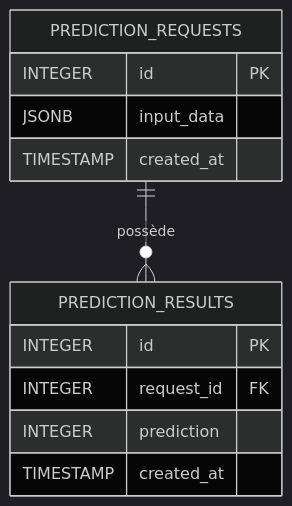
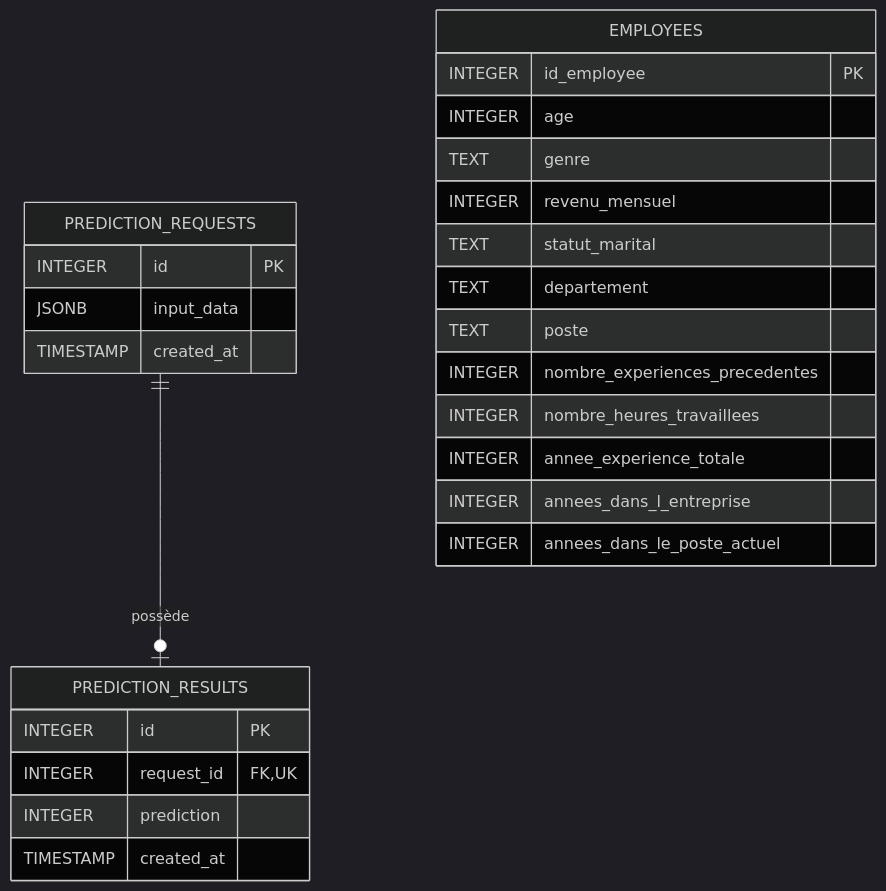
Before and after one commit to linaalm04-tech/projet-5-data-scientist: the diagram in schema_bdd.md, drawn with Mermaid (dark theme). The commit also changed other lines of this file and 7 other files, not shown here.

````diff
--- a/schema_bdd.md
+++ b/schema_bdd.md
@@ -33,17 +52,32 @@
 ```mermaid
 erDiagram
-    PREDICTION_REQUESTS ||--o{ PREDICTION_RESULTS : "possède"
+    PREDICTION_REQUESTS ||--o| PREDICTION_RESULTS : "possède"
 
     PREDICTION_REQUESTS {
         INTEGER id PK
         JSONB input_data
         TIMESTAMP created_at
     }
 
     PREDICTION_RESULTS {
         INTEGER id PK
-        INTEGER request_id FK
+        INTEGER request_id FK, UK
         INTEGER prediction
         TIMESTAMP created_at
     }
+
+        EMPLOYEES {
+        INTEGER id_employee PK
+        INTEGER age
+        TEXT genre
+        INTEGER revenu_mensuel
+        TEXT statut_marital
+        TEXT departement
+        TEXT poste
+        INTEGER nombre_experiences_precedentes
+        INTEGER nombre_heures_travaillees
+        INTEGER annee_experience_totale
+        INTEGER annees_dans_l_entreprise
+        INTEGER annees_dans_le_poste_actuel
+    }
 ```
````
